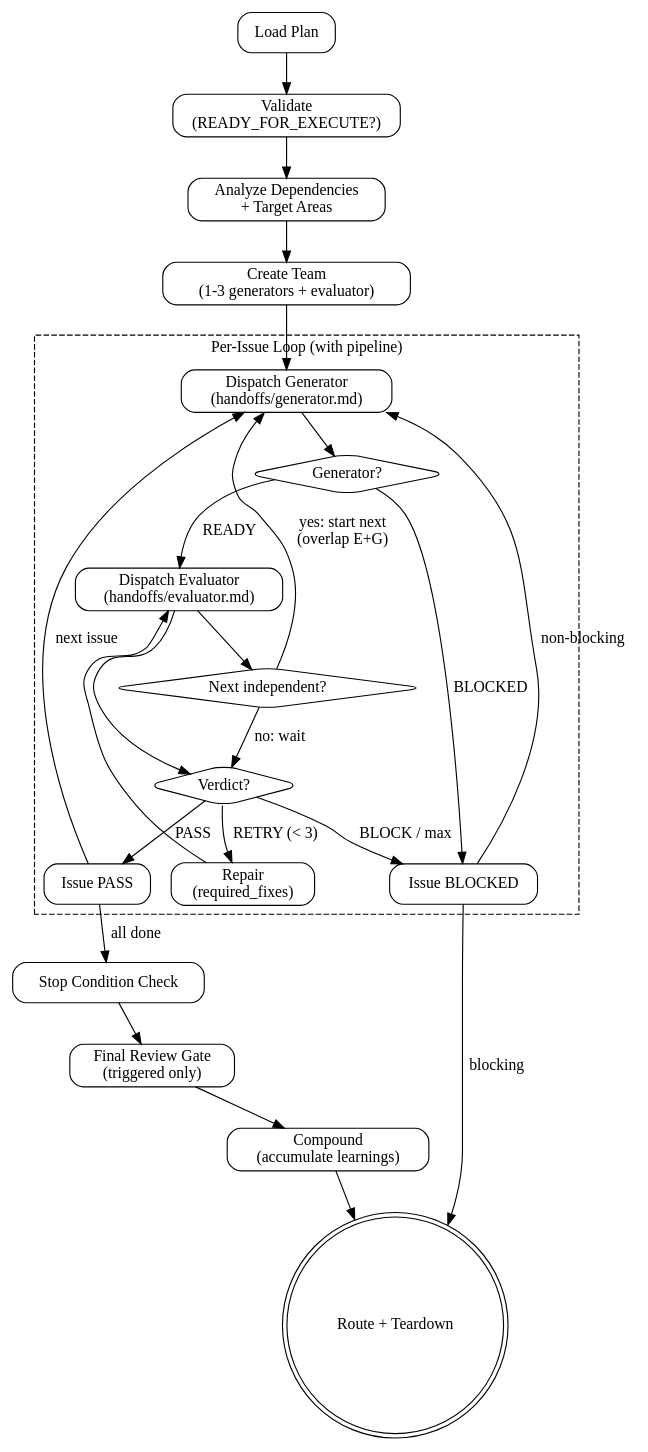
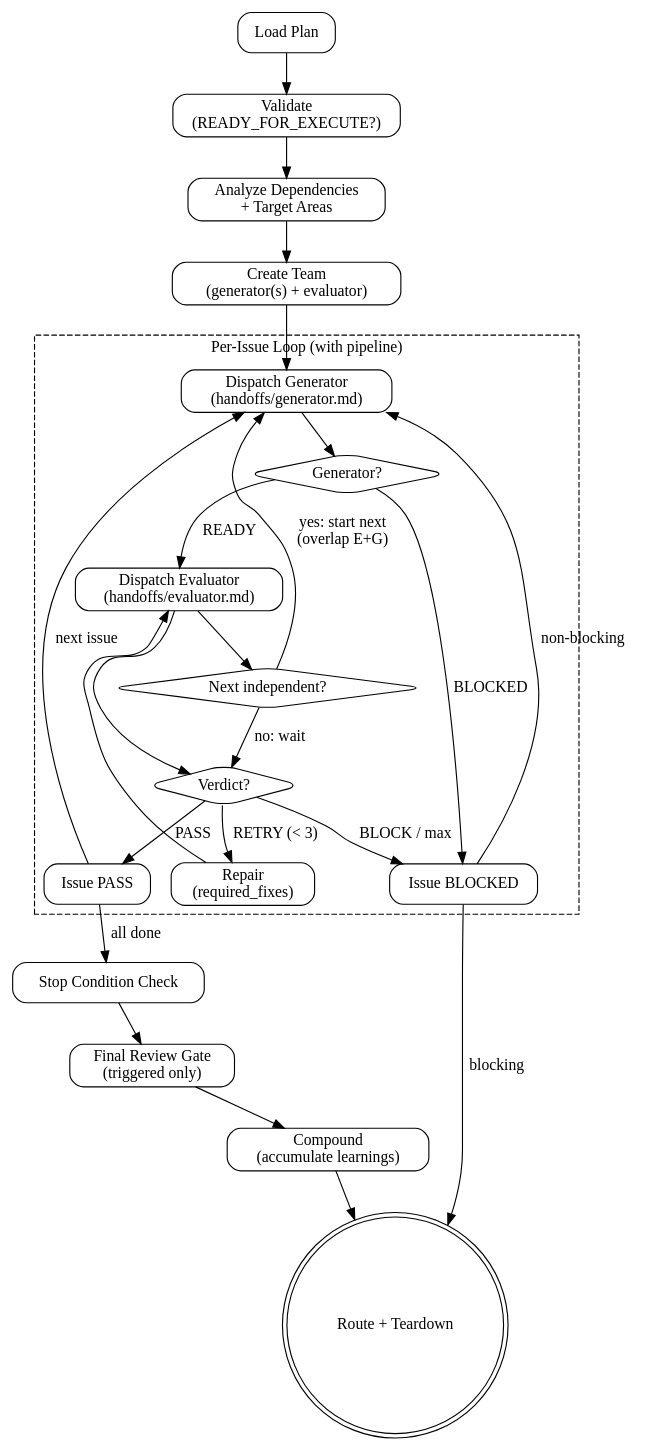
The diagram in skills/pge-exec/SKILL.md (feng-y/pge), drawn with Graphviz before and after one commit. The commit also changed other lines of this file and 7 other files, not shown here.

````diff
--- a/skills/pge-exec/SKILL.md
+++ b/skills/pge-exec/SKILL.md
@@ -46,47 +46,47 @@
 ```dot
 digraph pge_exec {
   rankdir=TB;
   node [shape=box, style=rounded];
 
   load_plan [label="Load Plan"];
   validate [label="Validate\n(READY_FOR_EXECUTE?)"];
   group [label="Analyze Dependencies\n+ Target Areas"];
-  create_team [label="Create Team\n(1-3 generators + evaluator)"];
+  create_team [label="Create Team\n(generator(s) + evaluator)"];
 
   subgraph cluster_loop {
     label="Per-Issue Loop (with pipeline)";
     style=dashed;
     dispatch_gen [label="Dispatch Generator\n(handoffs/generator.md)"];
     gen_done [label="Generator?", shape=diamond];
     dispatch_eval [label="Dispatch Evaluator\n(handoffs/evaluator.md)"];
     pipeline_check [label="Next independent?", shape=diamond];
     verdict [label="Verdict?", shape=diamond];
     repair [label="Repair\n(required_fixes)"];
     pass [label="Issue PASS"];
     blocked [label="Issue BLOCKED"];
   }
 
   plan_verify [label="Stop Condition Check"];
   review_gate [label="Final Review Gate\n(triggered only)"];
   compound [label="Compound\n(accumulate learnings)"];
   route [label="Route + Teardown", shape=doublecircle];
 
   load_plan -> validate -> group -> create_team -> dispatch_gen;
   dispatch_gen -> gen_done;
   gen_done -> dispatch_eval [label="READY"];
   gen_done -> blocked [label="BLOCKED"];
   dispatch_eval -> pipeline_check;
   pipeline_check -> dispatch_gen [label="yes: start next\n(overlap E+G)"];
   pipeline_check -> verdict [label="no: wait"];
   dispatch_eval -> verdict;
   verdict -> pass [label="PASS"];
   verdict -> repair [label="RETRY (< 3)"];
   verdict -> blocked [label="BLOCK / max"];
   repair -> dispatch_eval;
   pass -> dispatch_gen [label="next issue"];
   pass -> plan_verify [label="all done"];
   blocked -> dispatch_gen [label="non-blocking"];
   blocked -> route [label="blocking"];
   plan_verify -> review_gate -> compound -> route;
 }
 ```
````
